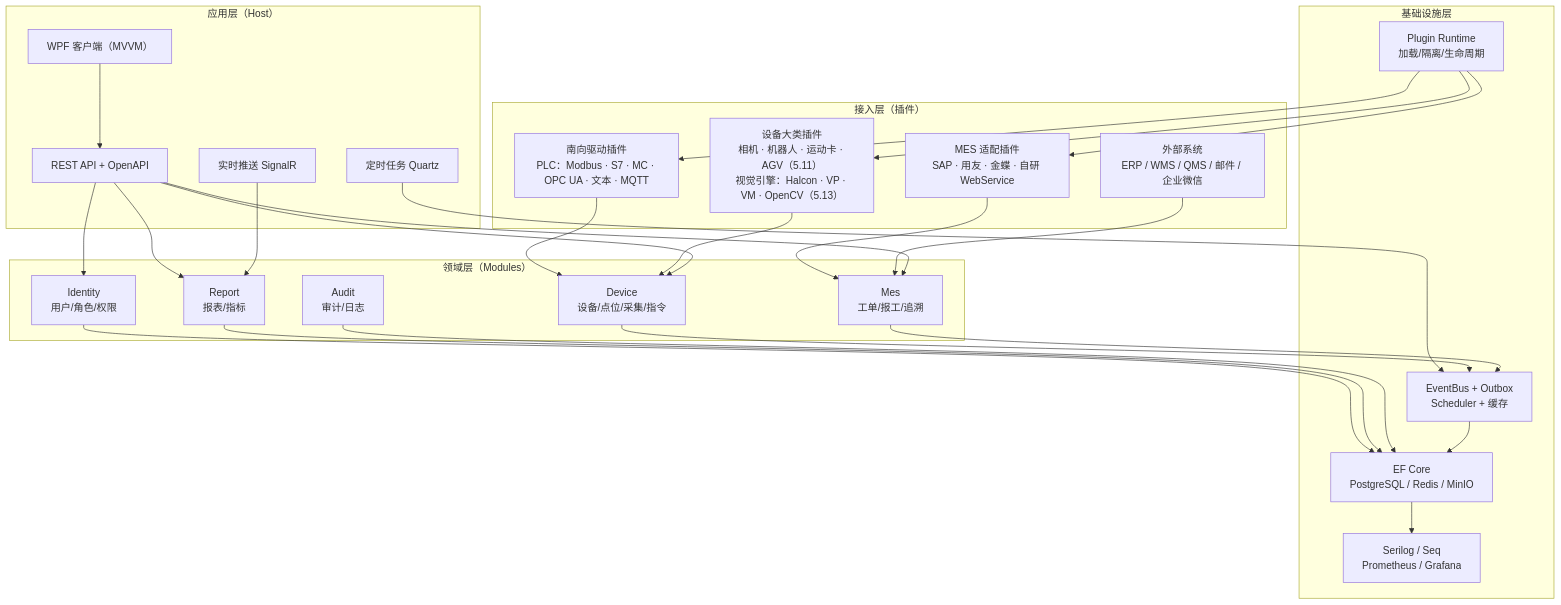
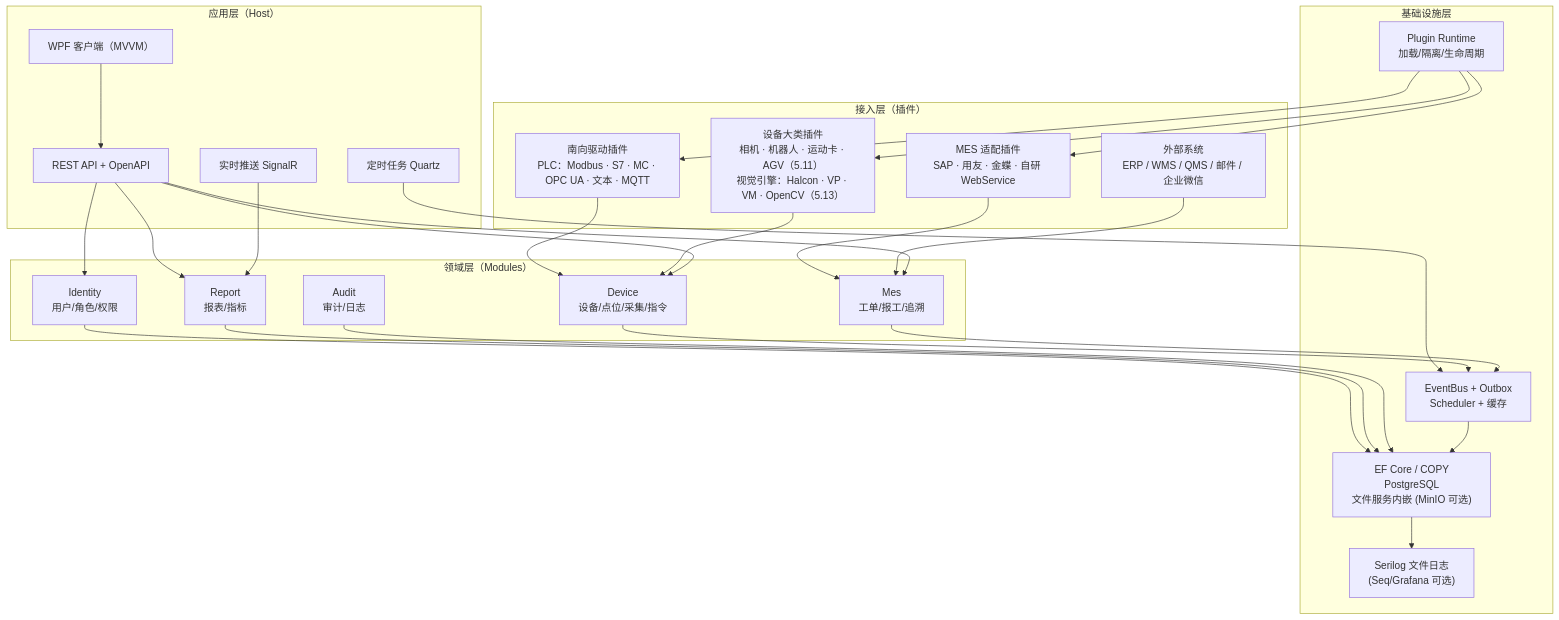
One commit to smart-open/SmartDock changed the first of 13 diagrams in docs/02_产品技术设计.md. Above: the diagram before and after it, drawn with Mermaid. The commit also changed other lines of this file and 6 other files, not shown here.

First line of the commit message:
docs: finalize v1.7 architecture (optional Redis/MinIO, bounded queues, SVG diagram)

````diff
--- a/docs/02_产品技术设计.md
+++ b/docs/02_产品技术设计.md
@@ -15,49 +17,49 @@
 ```mermaid
 flowchart TB
   subgraph L1["接入层（插件）"]
     A1["南向驱动插件<br/>PLC：Modbus · S7 · MC · OPC UA · 文本 · MQTT"]
     A4["设备大类插件<br/>相机 · 机器人 · 运动卡 · AGV（5.11）<br/>视觉引擎：Halcon · VP · VM · OpenCV（5.13）"]
     A2["MES 适配插件<br/>SAP · 用友 · 金蝶 · 自研 WebService"]
     A3["外部系统<br/>ERP / WMS / QMS / 邮件 / 企业微信"]
   end
   subgraph L2["应用层（Host）"]
     B1["REST API + OpenAPI"]
     B2["WPF 客户端（MVVM）"]
     B3["实时推送 SignalR"]
     B4["定时任务 Quartz"]
   end
   subgraph L3["领域层（Modules）"]
     C1["Identity<br/>用户/角色/权限"]
     C2["Device<br/>设备/点位/采集/指令"]
     C3["Mes<br/>工单/报工/追溯"]
     C4["Report<br/>报表/指标"]
     C5["Audit<br/>审计/日志"]
   end
   subgraph L4["基础设施层"]
     D1["Plugin Runtime<br/>加载/隔离/生命周期"]
     D2["EventBus + Outbox<br/>Scheduler + 缓存"]
-    D3["EF Core<br/>PostgreSQL / Redis / MinIO"]
-    D4["Serilog / Seq<br/>Prometheus / Grafana"]
+    D3["EF Core / COPY<br/>PostgreSQL<br/>文件服务内嵌 (MinIO 可选)"]
+    D4["Serilog 文件日志<br/>(Seq/Grafana 可选)"]
   end
   A1 --> C2
   A4 --> C2
   A2 --> C3
   A3 --> C3
   B1 --> C1
   B1 --> C2
   B1 --> C3
   B1 --> C4
   B2 --> B1
   B3 --> C4
   B4 --> D2
   C1 --> D3
   C2 --> D2
   C3 --> D2
   C4 --> D3
   C5 --> D3
   D1 --> A1
   D1 --> A4
   D1 --> A2
   D2 --> D3
   D3 --> D4
 ```
````
